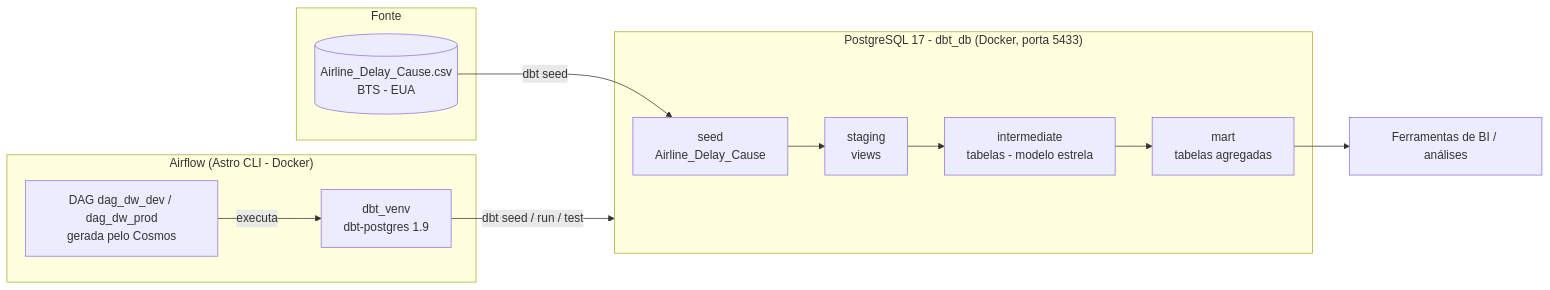
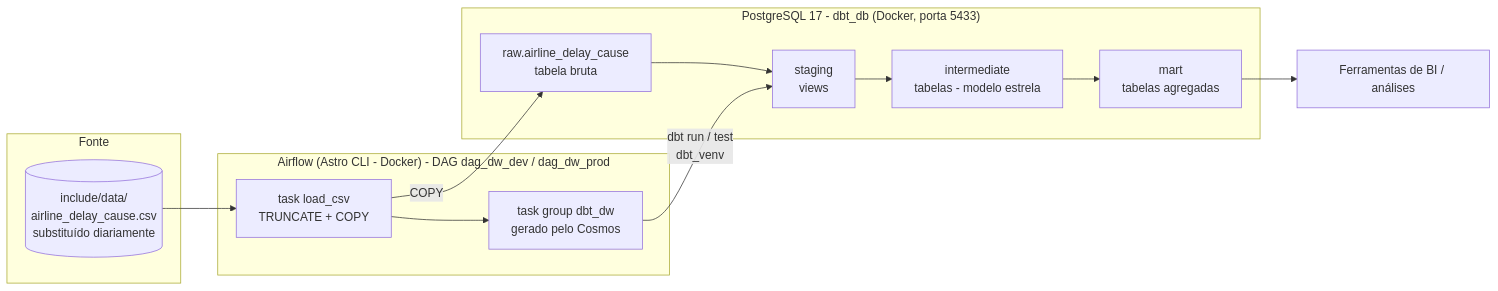
The first of 3 diagrams in README.md (moraisazeredo/covid_etl_pipeline), drawn with Mermaid before and after one commit. The commit also changed other lines of this file, not shown here.

Commit message:
docs: atualiza README com o fluxo de ingestão e o projeto dbt unificado

````diff
--- a/README.md
+++ b/README.md
@@ -40,24 +40,25 @@
 ```mermaid
 flowchart LR
     subgraph Fonte
-        CSV[(Airline_Delay_Cause.csv<br/>BTS - EUA)]
+        CSV[(include/data/<br/>airline_delay_cause.csv<br/>substituído diariamente)]
     end
 
-    subgraph Airflow["Airflow (Astro CLI - Docker)"]
-        DAG[DAG dag_dw_dev / dag_dw_prod<br/>gerada pelo Cosmos]
-        VENV[dbt_venv<br/>dbt-postgres 1.9]
-        DAG -->|executa| VENV
+    subgraph Airflow["Airflow (Astro CLI - Docker) - DAG dag_dw_dev / dag_dw_prod"]
+        LOAD[task load_csv<br/>TRUNCATE + COPY]
+        DBT[task group dbt_dw<br/>gerado pelo Cosmos]
+        LOAD --> DBT
     end
 
     subgraph DW["PostgreSQL 17 - dbt_db (Docker, porta 5433)"]
-        SEED[seed<br/>Airline_Delay_Cause]
+        RAW[raw.airline_delay_cause<br/>tabela bruta]
         STG[staging<br/>views]
         INT[intermediate<br/>tabelas - modelo estrela]
         MART[mart<br/>tabelas agregadas]
-        SEED --> STG --> INT --> MART
+        RAW --> STG --> INT --> MART
     end
 
-    CSV -->|dbt seed| SEED
-    VENV -->|dbt seed / run / test| DW
+    CSV --> LOAD
+    LOAD -->|COPY| RAW
+    DBT -->|dbt run / test<br/>dbt_venv| STG
     MART --> BI[Ferramentas de BI / análises]
 ```
````
